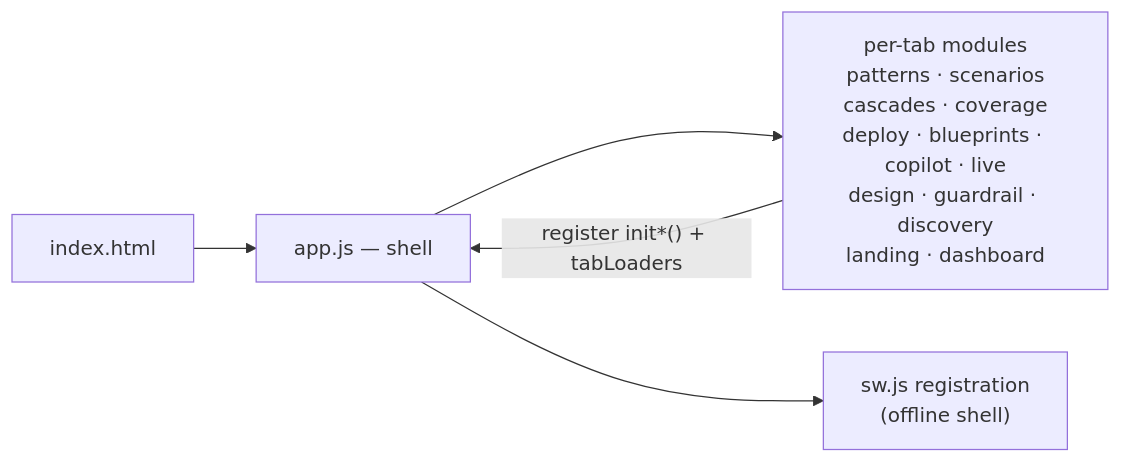
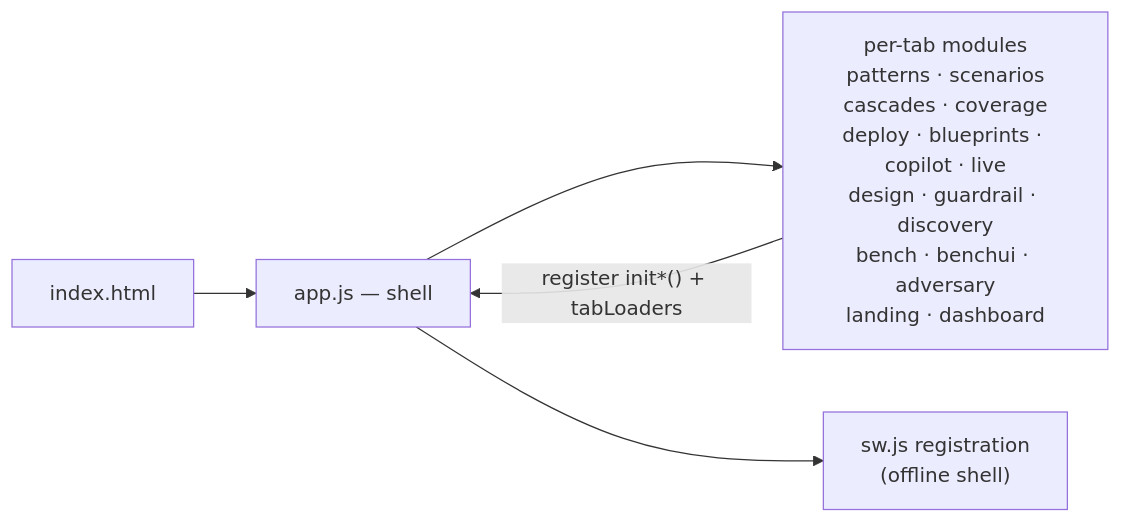
One commit to harishgovardhandamodar/AI-Agents-Patterns changed the first of 7 diagrams in design/08-runtime-offline.md. Above: the diagram before and after it, drawn with Mermaid. The commit also changed other lines of this file and 12 other files, not shown here.

````diff
--- a/design/08-runtime-offline.md
+++ b/design/08-runtime-offline.md
@@ -9,7 +9,7 @@
 ```mermaid
 flowchart LR
   HTML["index.html"] --> APP["app.js — shell"]
-  APP --> MOD["per-tab modules<br/>patterns · scenarios<br/>cascades · coverage<br/>deploy · blueprints · copilot · live<br/>design · guardrail · discovery<br/>landing · dashboard"]
+  APP --> MOD["per-tab modules<br/>patterns · scenarios<br/>cascades · coverage<br/>deploy · blueprints · copilot · live<br/>design · guardrail · discovery<br/>bench · benchui · adversary<br/>landing · dashboard"]
   MOD -->|"register init*() + tabLoaders"| APP
   APP --> SW["sw.js registration<br/>(offline shell)"]
 ```
````
